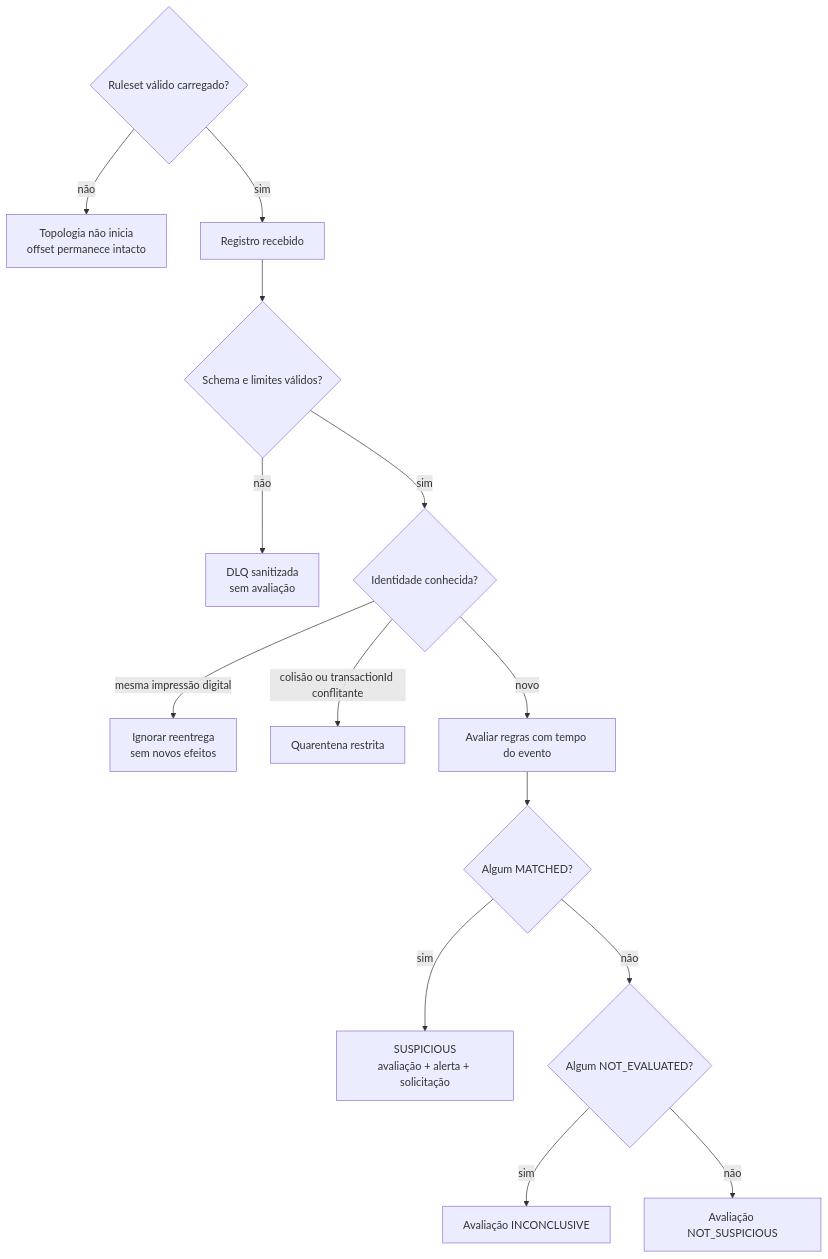
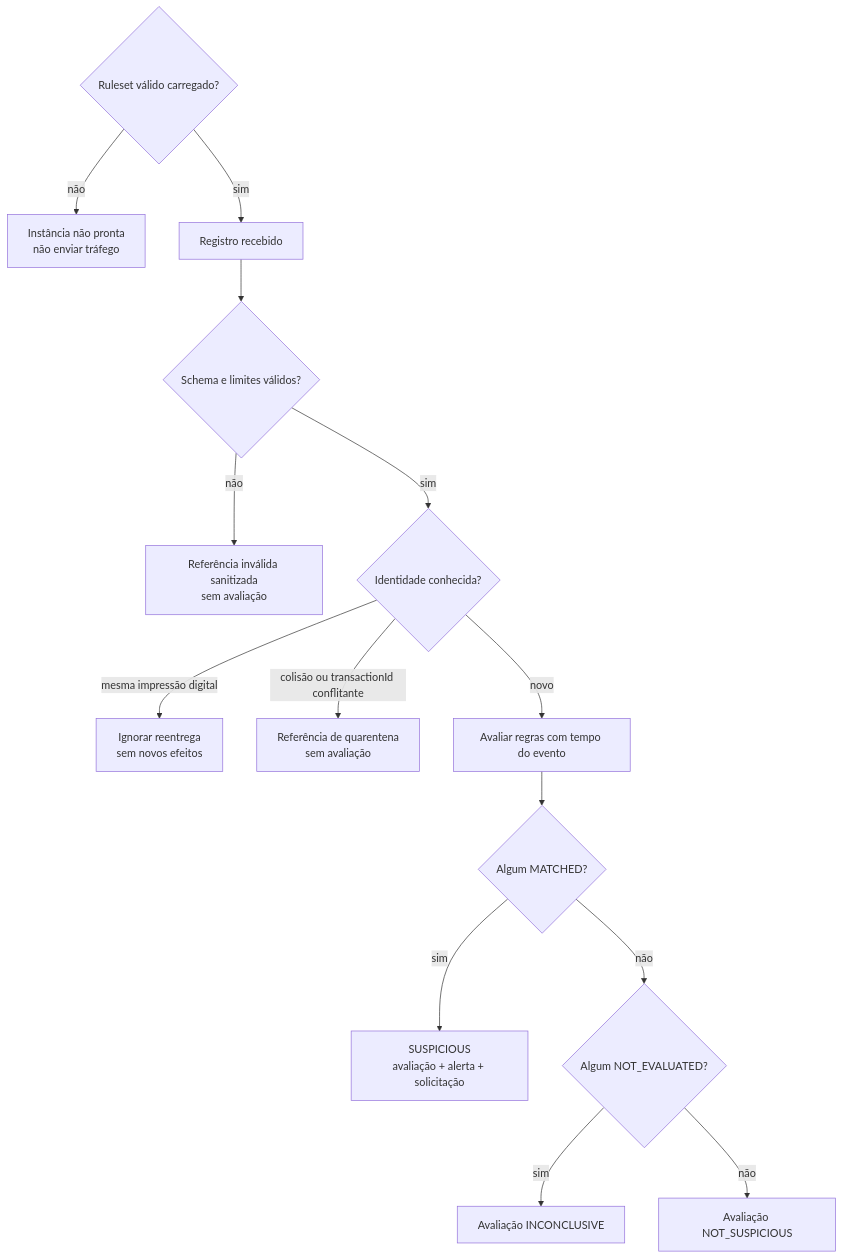
The fifth of 8 diagrams in docs/plans/2026-09-04-1738-feat-fraud-detection-engine-plan.md (pablo-bochi/fraud-engine), drawn with Mermaid before and after one commit. The commit also changed other lines of this file, not shown here.

````diff
--- a/docs/plans/2026-09-04-1738-feat-fraud-detection-engine-plan.md
+++ b/docs/plans/2026-09-04-1738-feat-fraud-detection-engine-plan.md
@@ -389,16 +405,16 @@
 ```mermaid
 flowchart TB
-  RuleSet{Ruleset válido carregado?} -->|não| NotReady[Topologia não inicia<br/>offset permanece intacto]
+  RuleSet{Ruleset válido carregado?} -->|não| NotReady[Instância não pronta<br/>não enviar tráfego]
   RuleSet -->|sim| Start[Registro recebido]
   Start --> Schema{Schema e limites válidos?}
-  Schema -->|não| Invalid[DLQ sanitizada<br/>sem avaliação]
+  Schema -->|não| Invalid[Referência inválida sanitizada<br/>sem avaliação]
   Schema -->|sim| Identity{Identidade conhecida?}
   Identity -->|mesma impressão digital| Duplicate[Ignorar reentrega<br/>sem novos efeitos]
-  Identity -->|colisão ou transactionId conflitante| Quarantine[Quarentena restrita]
+  Identity -->|colisão ou transactionId conflitante| Quarantine[Referência de quarentena<br/>sem avaliação]
   Identity -->|novo| Evaluate[Avaliar regras com tempo do evento]
   Evaluate --> Matched{Algum MATCHED?}
   Matched -->|sim| Suspicious[SUSPICIOUS<br/>avaliação + alerta + solicitação]
   Matched -->|não| Missing{Algum NOT_EVALUATED?}
   Missing -->|sim| Inconclusive[Avaliação INCONCLUSIVE]
   Missing -->|não| Normal[Avaliação NOT_SUSPICIOUS]
 ```
````
